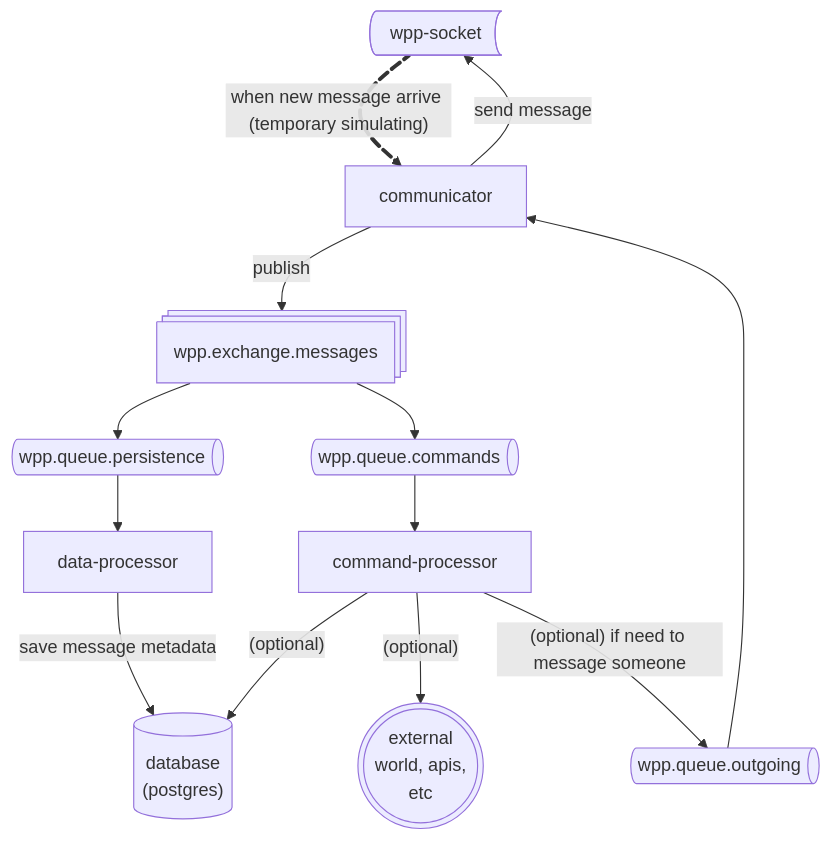
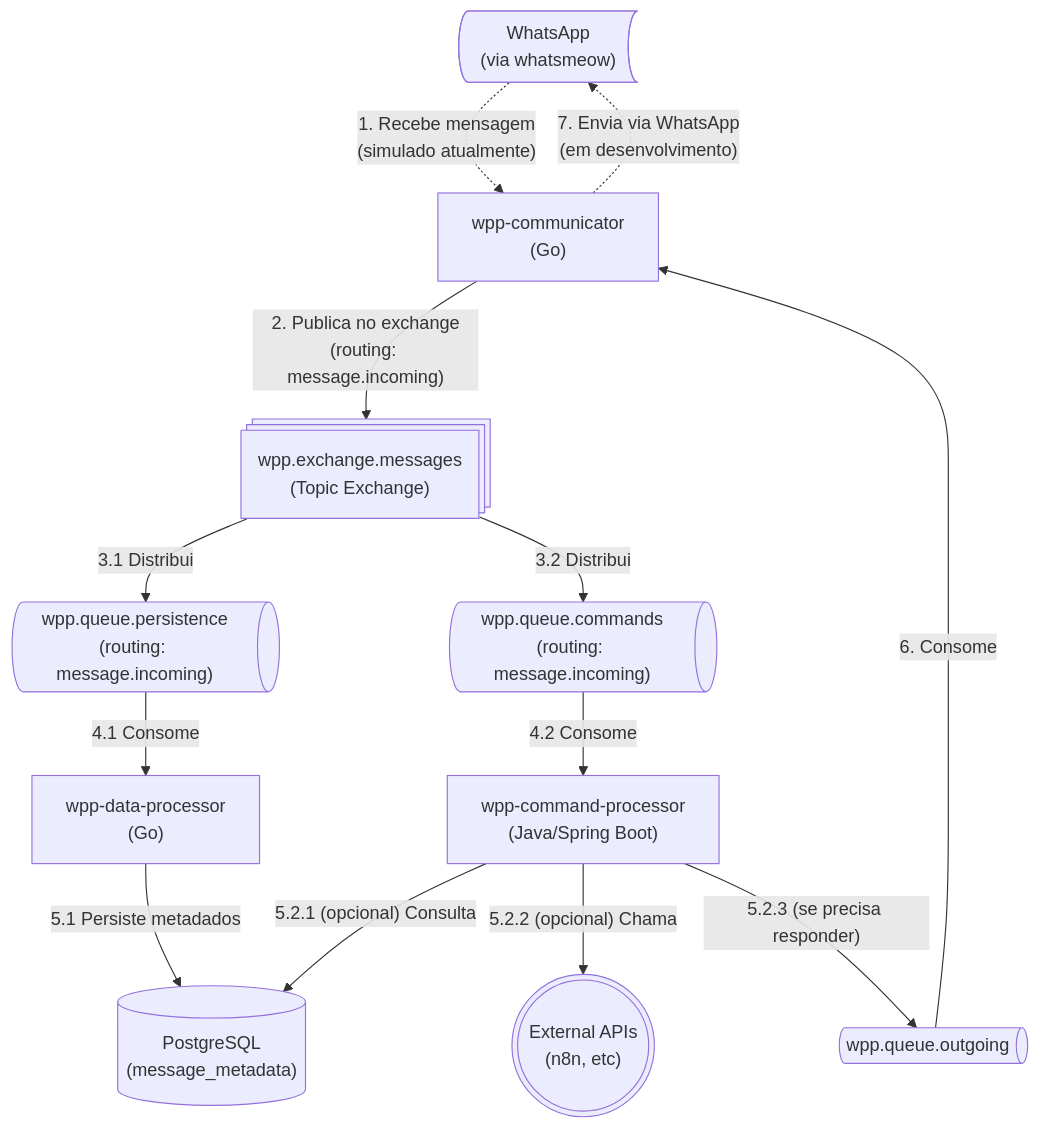
Before and after one commit to PersonalMessageCenter/.github: the second of 2 diagrams in profile/README.md, drawn with Mermaid. The commit also changed other lines of this file, not shown here.

````diff
--- a/profile/README.md
+++ b/profile/README.md
@@ -46,32 +63,43 @@
 ```mermaid
 flowchart TD
-    %% participants 
-    wpp@{ shape: bow-rect, label: "wpp-socket" }
-    c["communicator"]
-    ex_1@{shape: processes, label: "wpp.exchange.messages" }
-    q_1@{shape: das, label: "wpp.queue.persistence" }
-    q_2@{shape: das, label: "wpp.queue.commands" }
+    %% External
+    whatsapp@{ shape: bow-rect, label: "WhatsApp<br/>(via whatsmeow)" }
+    
+    %% Communication Layer
+    c["wpp-communicator<br/>(Go)"]
+    
+    %% Message Broker
+    ex_1@{shape: processes, label: "wpp.exchange.messages<br/>(Topic Exchange)" }
+    q_1@{shape: das, label: "wpp.queue.persistence<br/>(routing: message.incoming)" }
+    q_2@{shape: das, label: "wpp.queue.commands<br/>(routing: message.incoming)" }
     q_3@{shape: das, label: "wpp.queue.outgoing" }
-    db@{shape: cyl, label: "database<br>(postgres)"}
-    ext@{ shape: dbl-circ, label: "external<br> world, apis,<br>etc" }
+    
+    %% Processing Services
+    data-processor["wpp-data-processor<br/>(Go)"]
+    command-processor["wpp-command-processor<br/>(Java/Spring Boot)"]
+    
+    %% Storage & External
+    db@{shape: cyl, label: "PostgreSQL<br/>(message_metadata)"}
+    ext@{ shape: dbl-circ, label: "External APIs<br/>(n8n, etc)" }
 
-    %% step 1 - communication between communicator and socket
-    wpp l1@==> |"when new message arrive (temporary simulating)"| c
-
-    l1@{ animate: true }
-    c --> |publish| ex_1
+    %% Incoming Flow
+    whatsapp -.->|"1. Recebe mensagem<br/>(simulado atualmente)"| c
+    c --> |"2. Publica no exchange<br/>(routing: message.incoming)"| ex_1
     
-    ex_1 --> q_1
-    q_1 --> data-processor
-    data-processor --> |save message metadata| db
-
-    ex_1 --> q_2
-    q_2 --> command-processor 
-    command-processor --> |"(optional)"| db
-    command-processor --> |"(optional)"| ext
-    command-processor --> |"(optional) if need to message someone"| q_3
+    %% Distribution (Topic Exchange distribui para ambas as filas)
+    ex_1 --> |"3.1 Distribui"| q_1
+    ex_1 --> |"3.2 Distribui"| q_2
     
-    q_3 --> c
+    %% Processing
+    q_1 --> |"4.1 Consome"| data-processor
+    data-processor --> |"5.1 Persiste metadados"| db
     
-    c --> |send message| wpp
+    q_2 --> |"4.2 Consome"| command-processor
+    command-processor --> |"5.2.1 (opcional) Consulta"| db
+    command-processor --> |"5.2.2 (opcional) Chama"| ext
+    command-processor --> |"5.2.3 (se precisa responder)"| q_3
+    
+    %% Outgoing Flow
+    q_3 --> |"6. Consome"| c
+    c -.->|"7. Envia via WhatsApp<br/>(em desenvolvimento)"| whatsapp
 ```
````
